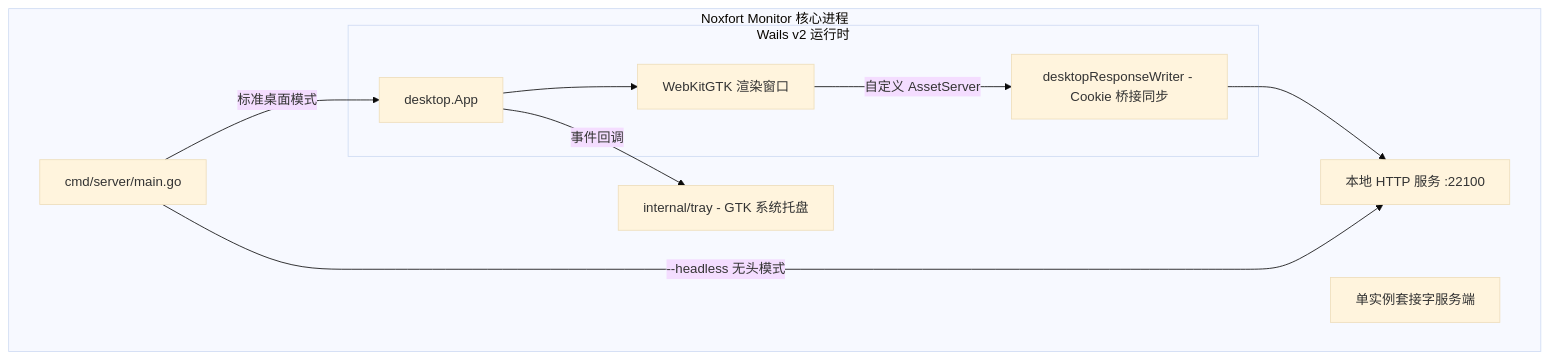
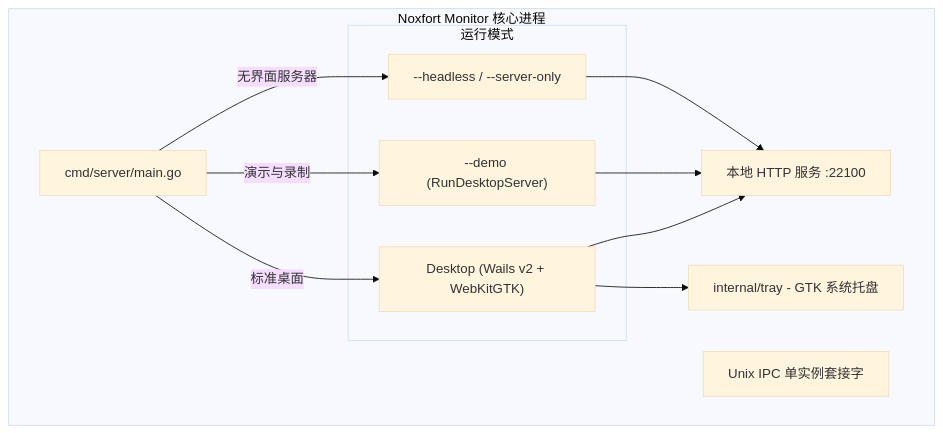
The diagram in docs/zh/desktop_app.md (Noxfort-Systems-Brazil/MONITOR), drawn with Mermaid (base theme) before and after one commit. The commit also changed other lines of this file and 186 other files, not shown here.

````diff
--- a/docs/zh/desktop_app.md
+++ b/docs/zh/desktop_app.md
@@ -13,22 +11,23 @@
 ```mermaid
 graph TD
     subgraph "Noxfort Monitor 核心进程"
         Main[cmd/server/main.go]
-        HTTP[本地 HTTP 服务 :22100]
-        IPC[单实例套接字服务端]
+        HTTP["本地 HTTP 服务 :22100"]
+        IPC[Unix IPC 单实例套接字]
         Tray[internal/tray - GTK 系统托盘]
-        
-        subgraph "Wails v2 运行时"
-            WailsApp[desktop.App]
-            WebKit[WebKitGTK 渲染窗口]
-            SessionBridge[desktopResponseWriter - Cookie 桥接同步]
+
+        subgraph "运行模式"
+            WailsApp["Desktop (Wails v2 + WebKitGTK)"]
+            DemoSrv["--demo (RunDesktopServer)"]
+            Headless["--headless / --server-only"]
         end
     end
 
-    Main -->|标准桌面模式| WailsApp
-    WailsApp --> WebKit
-    WebKit -->|自定义 AssetServer| SessionBridge
-    SessionBridge --> HTTP
-    WailsApp -->|事件回调| Tray
-    Main -->|--headless 无头模式| HTTP
+    Main -->|标准桌面| WailsApp
+    Main -->|演示与录制| DemoSrv
+    Main -->|无界面服务器| Headless
+    WailsApp --> HTTP
+    WailsApp --> Tray
+    DemoSrv --> HTTP
+    Headless --> HTTP
 ```
````
